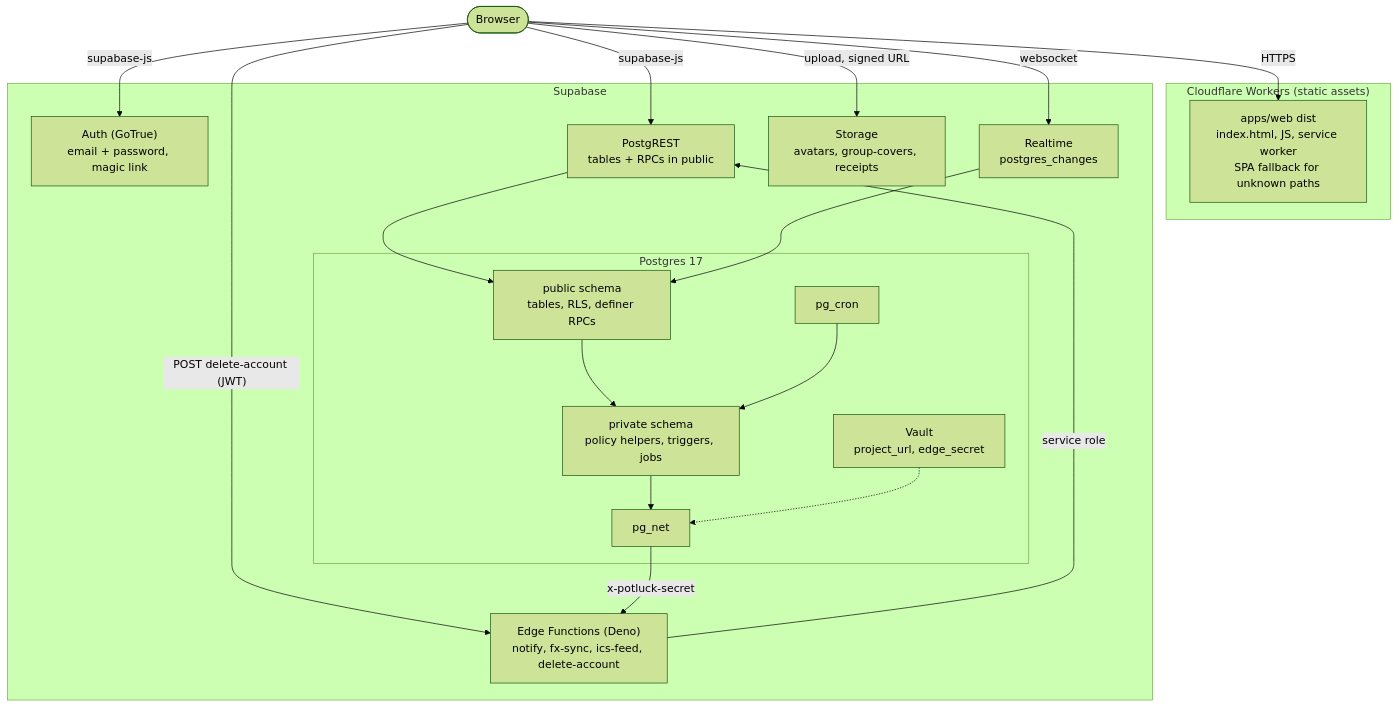
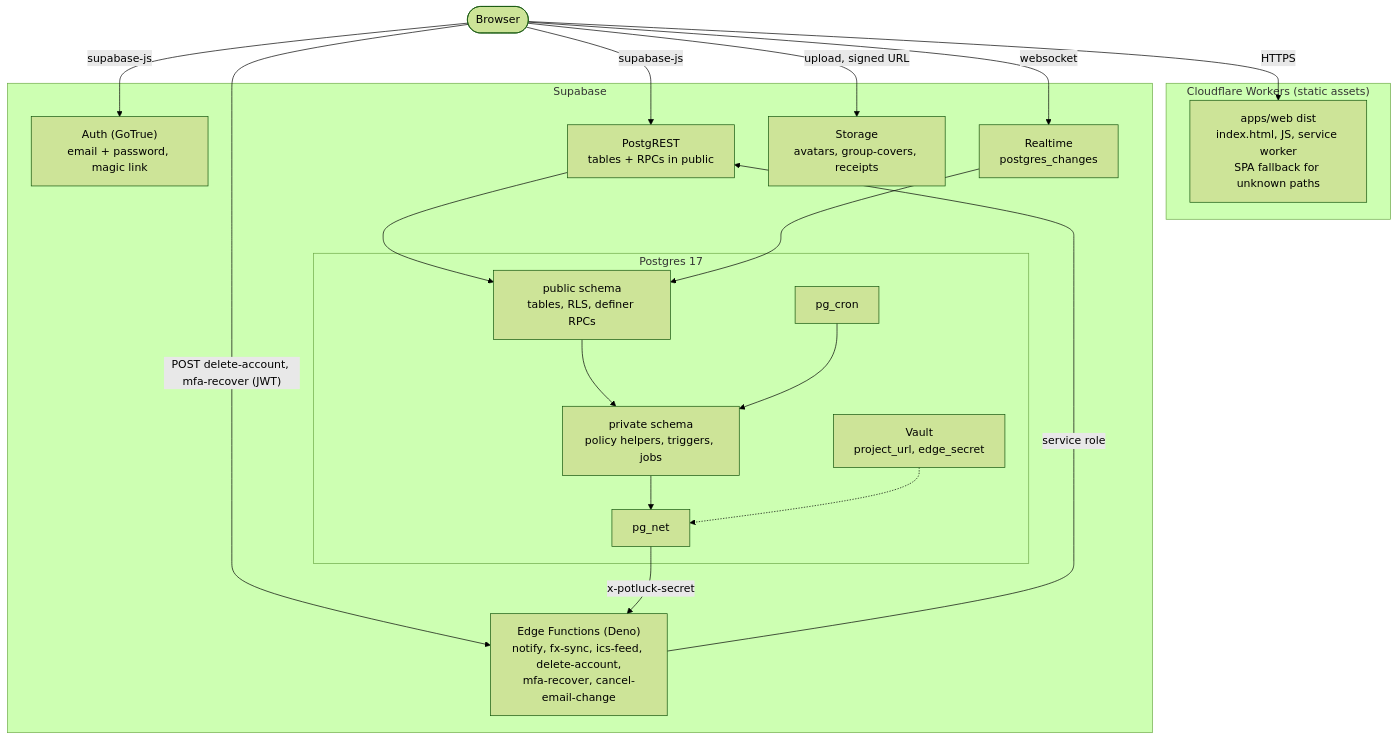
One commit to Fermulate/potluck changed the second of 6 diagrams in docs/architecture.md. Above: the diagram before and after it, drawn with Mermaid (forest theme). The commit also changed other lines of this file and 16 other files, not shown here.

````diff
--- a/docs/architecture.md
+++ b/docs/architecture.md
@@ -38,38 +38,38 @@
 ```mermaid
 flowchart TB
   user(["Browser"])
 
   subgraph cf["Cloudflare Workers (static assets)"]
     assets["apps/web dist<br/>index.html, JS, service worker<br/>SPA fallback for unknown paths"]
   end
 
   subgraph sb["Supabase"]
     auth["Auth (GoTrue)<br/>email + password, magic link"]
     rest["PostgREST<br/>tables + RPCs in public"]
     rt["Realtime<br/>postgres_changes"]
     storage["Storage<br/>avatars, group-covers, receipts"]
-    edge["Edge Functions (Deno)<br/>notify, fx-sync, ics-feed, delete-account"]
+    edge["Edge Functions (Deno)<br/>notify, fx-sync, ics-feed, delete-account,<br/>mfa-recover, cancel-email-change"]
     subgraph pg["Postgres 17"]
       public["public schema<br/>tables, RLS, definer RPCs"]
       private["private schema<br/>policy helpers, triggers, jobs"]
       cron["pg_cron"]
       net["pg_net"]
       vault["Vault<br/>project_url, edge_secret"]
     end
   end
 
   user -->|HTTPS| assets
   user -->|supabase-js| auth
   user -->|supabase-js| rest
   user -->|websocket| rt
   user -->|upload, signed URL| storage
-  user -->|"POST delete-account (JWT)"| edge
+  user -->|"POST delete-account, mfa-recover (JWT)"| edge
   rest --> public
   public --> private
   rt --> public
   cron --> private
   private --> net
   net -->|"x-potluck-secret"| edge
   vault -.-> net
   edge -->|service role| rest
 ```
````
